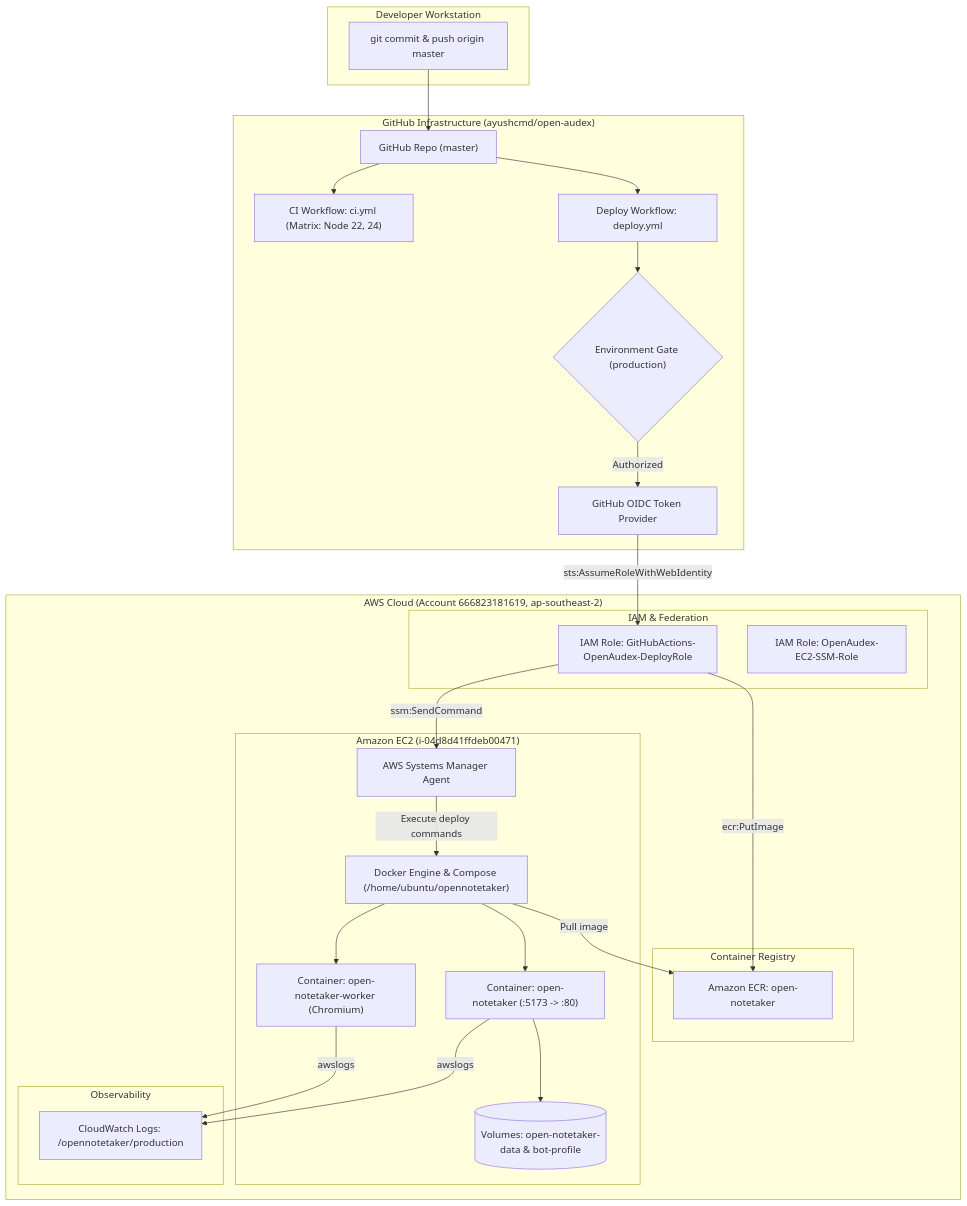
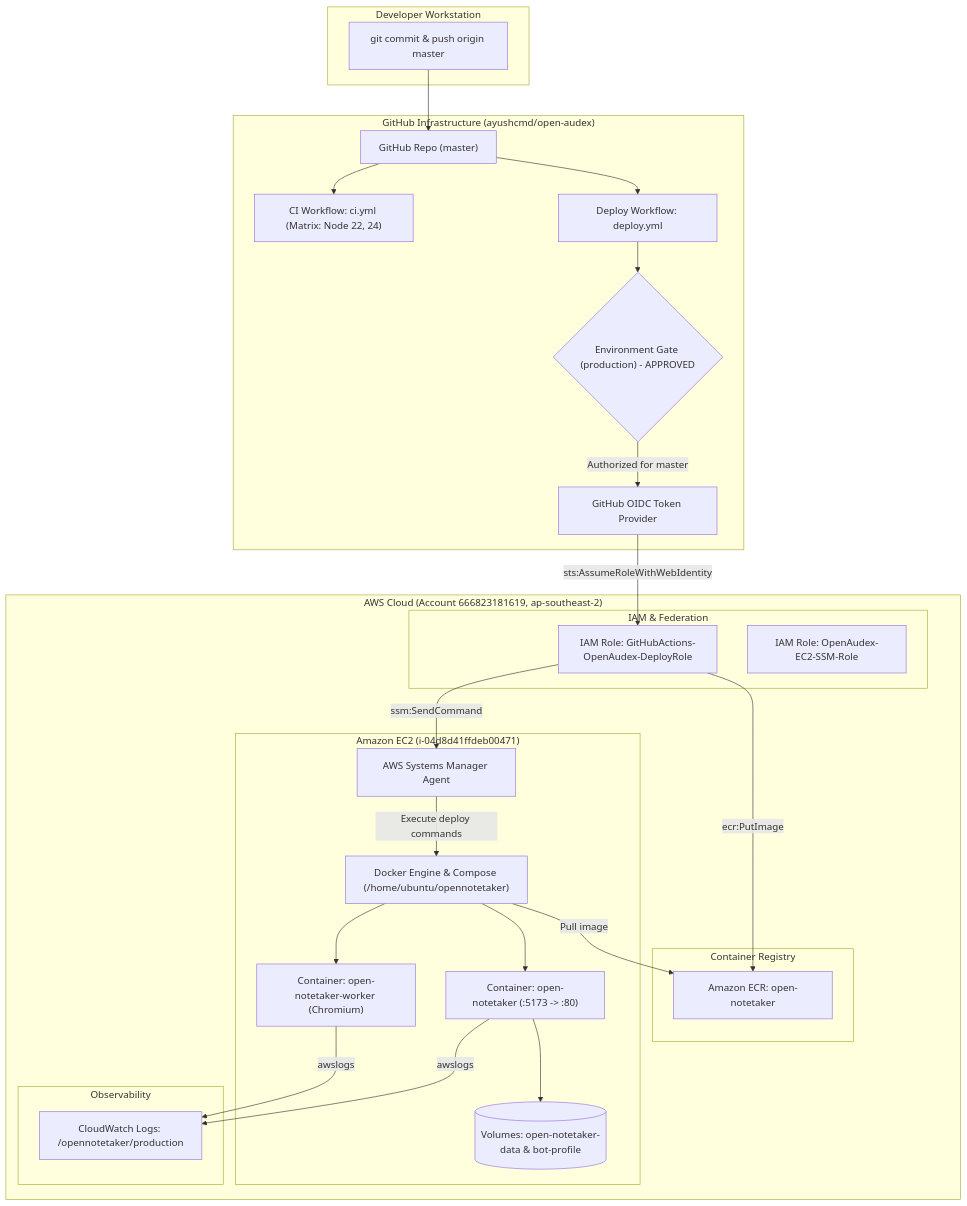
One commit to ayushcmd/open-audex changed the diagram in docs/AWS_CICD_DEPLOYMENT_AUDIT.md. Above: the diagram before and after it, drawn with Mermaid. The commit also changed other lines of this file, not shown here.

````diff
--- a/docs/AWS_CICD_DEPLOYMENT_AUDIT.md
+++ b/docs/AWS_CICD_DEPLOYMENT_AUDIT.md
@@ -73,53 +75,53 @@
 ```mermaid
 flowchart TD
     subgraph Developer ["Developer Workstation"]
         DevCommit["git commit & push origin master"]
     end
 
     subgraph GitHub ["GitHub Infrastructure (ayushcmd/open-audex)"]
         Repo["GitHub Repo (master)"]
-        EnvGate{"Environment Gate (production)"}
+        EnvGate{"Environment Gate (production) - APPROVED"}
         GHA_CI["CI Workflow: ci.yml (Matrix: Node 22, 24)"]
         GHA_Deploy["Deploy Workflow: deploy.yml"]
         GHA_OIDC["GitHub OIDC Token Provider"]
     end
 
     subgraph AWS ["AWS Cloud (Account 666823181619, ap-southeast-2)"]
         subgraph IAM_Security ["IAM & Federation"]
             DeployRole["IAM Role: GitHubActions-OpenAudex-DeployRole"]
             EC2Role["IAM Role: OpenAudex-EC2-SSM-Role"]
         end
 
         subgraph Registries ["Container Registry"]
             ECR["Amazon ECR: open-notetaker"]
         end
 
         subgraph Compute ["Amazon EC2 (i-04d8d41ffdeb00471)"]
             SSMAgent["AWS Systems Manager Agent"]
             DockerHost["Docker Engine & Compose (/home/ubuntu/opennotetaker)"]
             WebContainer["Container: open-notetaker (:5173 -> :80)"]
             WorkerContainer["Container: open-notetaker-worker (Chromium)"]
             Volumes[("Volumes: open-notetaker-data & bot-profile")]
         end
 
         subgraph Monitoring ["Observability"]
             CloudWatch["CloudWatch Logs: /opennotetaker/production"]
         end
     end
 
     DevCommit --> Repo
     Repo --> GHA_CI
     Repo --> GHA_Deploy
     GHA_Deploy --> EnvGate
-    EnvGate -->|Authorized| GHA_OIDC
+    EnvGate -->|Authorized for master| GHA_OIDC
     GHA_OIDC -->|sts:AssumeRoleWithWebIdentity| DeployRole
     DeployRole -->|ecr:PutImage| ECR
     DeployRole -->|ssm:SendCommand| SSMAgent
     SSMAgent -->|Execute deploy commands| DockerHost
     DockerHost -->|Pull image| ECR
     DockerHost --> WebContainer
     DockerHost --> WorkerContainer
     WebContainer --> Volumes
     WebContainer -->|awslogs| CloudWatch
     WorkerContainer -->|awslogs| CloudWatch
 ```
````
